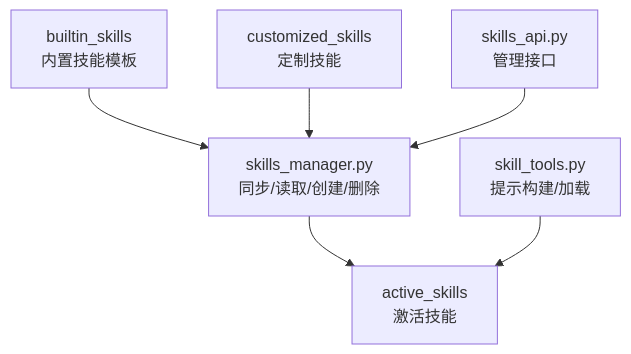
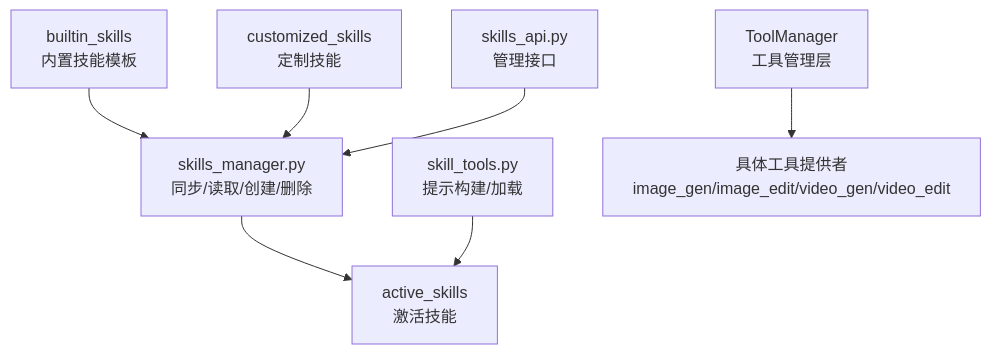
Before and after one commit to KunLabAI/KunFlix: the first of 9 diagrams in .qoder/repowiki/zh/content/开发者指南/技能开发指南.md, drawn with Mermaid. The commit also changed other lines of this file and 78 other files, not shown here.

````diff
--- a/.qoder/repowiki/zh/content/开发者指南/技能开发指南.md
+++ b/.qoder/repowiki/zh/content/开发者指南/技能开发指南.md
@@ -53,8 +59,9 @@
 ```mermaid
 graph TB
 A["builtin_skills<br/>内置技能模板"] --> C["skills_manager.py<br/>同步/读取/创建/删除"]
 B["customized_skills<br/>定制技能"] --> C
 C --> D["active_skills<br/>激活技能"]
 E["skills_api.py<br/>管理接口"] --> C
 F["skill_tools.py<br/>提示构建/加载"] --> D
+G["ToolManager<br/>工具管理层"] --> H["具体工具提供者<br/>image_gen/image_edit/video_gen/video_edit"]
 ```
````
